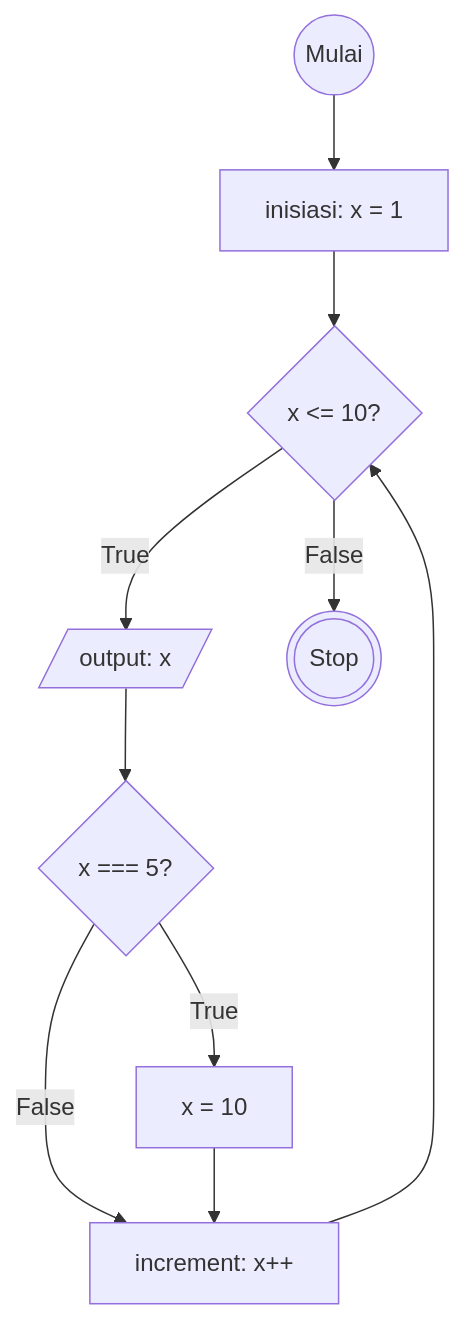
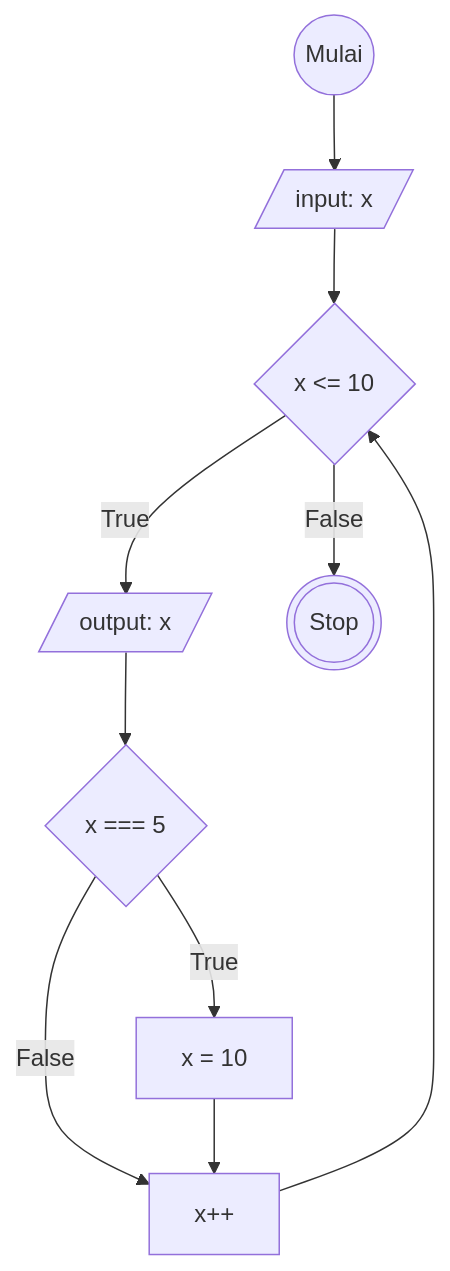
One commit to Arif14377/koda-b6-javascript1 changed the diagram in flowchart-loop.md. Above: the diagram before and after it, drawn with Mermaid.

````diff
--- a/flowchart-loop.md
+++ b/flowchart-loop.md
@@ -4,23 +4,23 @@
 ```mermaid
 flowchart TD
 
 start@{shape: circle, label: "Mulai"}
-init@{shape: rect, label: "inisiasi: x = 1"}
+init@{shape: lean-r, label: "input: x"}
 logX@{shape: lean-r, label: "output: x"}
-isTrue@{shape: diamond, label: "x <= 10?"}
-isTrue2@{shape: diamond, label: "x === 5?"}
+isTrue@{shape: diamond, label: "x <= 10"}
+isTrue2@{shape: diamond, label: "x === 5"}
 true@{shape: rect, label: "x = 10"}
-incr@{shape: rect, label: "increment: x++"}
+incr@{shape: rect, label: "x++"}
 stop@{shape: dbl-circ, label: "Stop"}
 
 
 start-->init
 init-->isTrue
 isTrue--True-->logX
 isTrue--False-->stop
 logX-->isTrue2
 isTrue2--True-->true
 isTrue2--False-->incr
 true-->incr
 incr-->isTrue
 ```
````
